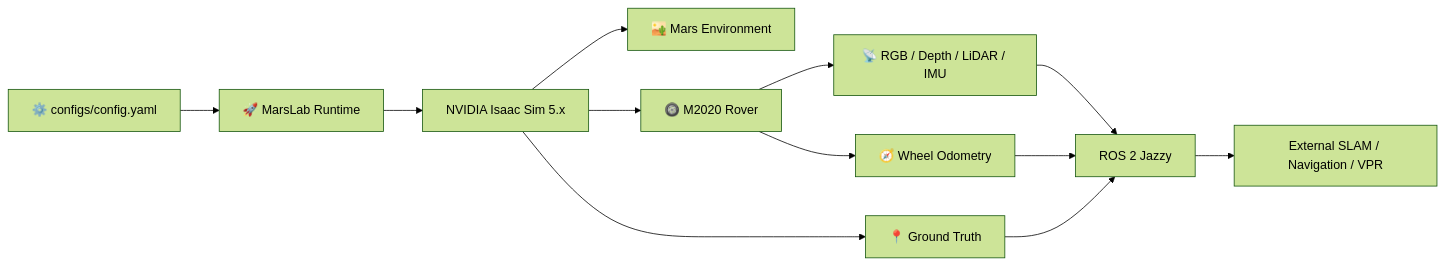
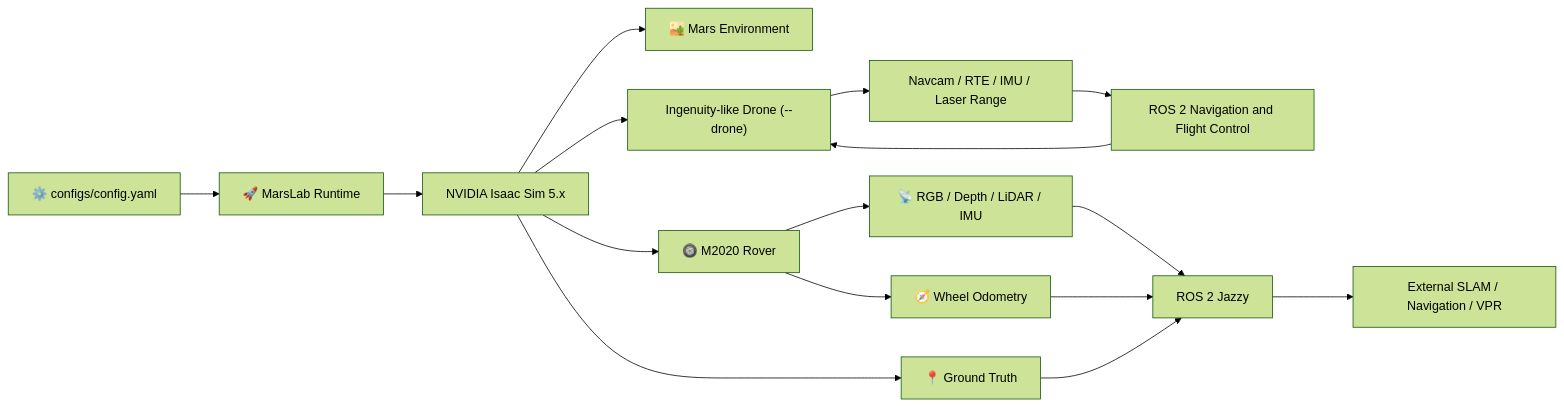
The first of 2 diagrams in README.md (kimhoyun-robotair/MarsLab), drawn with Mermaid (forest theme) before and after one commit. The commit also changed other lines of this file and 37 other files, not shown here.

````diff
--- a/README.md
+++ b/README.md
@@ -74,17 +74,21 @@
 ```mermaid
 flowchart LR
     CFG["⚙️ configs/config.yaml"] --> CORE["🚀 MarsLab Runtime"]
     CORE --> ISAAC["NVIDIA Isaac Sim 5.x"]
 
     ISAAC --> ENV["🏜️ Mars Environment"]
     ISAAC --> ROVER["🛞 M2020 Rover"]
+    ISAAC --> DRONE["Ingenuity-like Drone (--drone)"]
+    DRONE --> AIRSENSOR["Navcam / RTE / IMU / Laser Range"]
+    AIRSENSOR --> FLIGHT["ROS 2 Navigation and Flight Control"]
+    FLIGHT --> DRONE
 
     ROVER --> SENSOR["📡 RGB / Depth / LiDAR / IMU"]
     ROVER --> ODOM["🧭 Wheel Odometry"]
     ISAAC --> GT["📍 Ground Truth"]
 
     SENSOR --> ROS["ROS 2 Jazzy"]
     ODOM --> ROS
     GT --> ROS
     ROS --> AUTONOMY["External SLAM / Navigation / VPR"]
 ```
````
